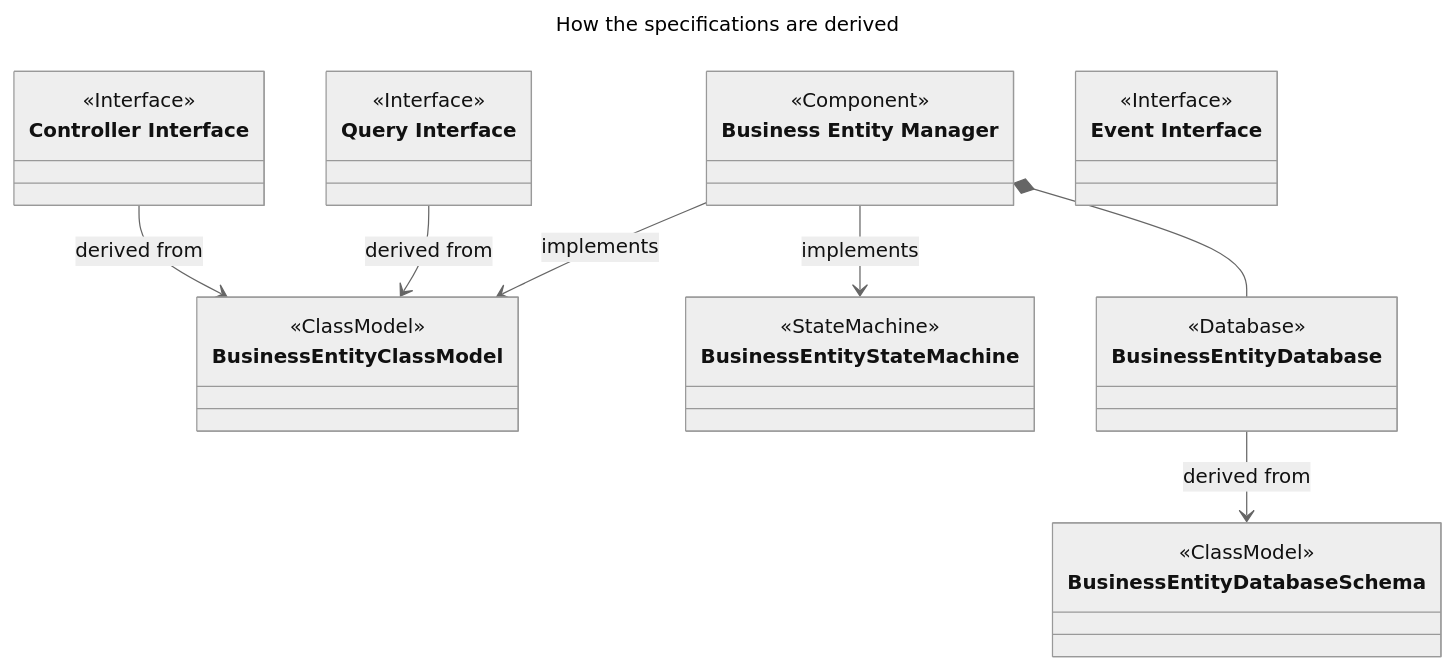
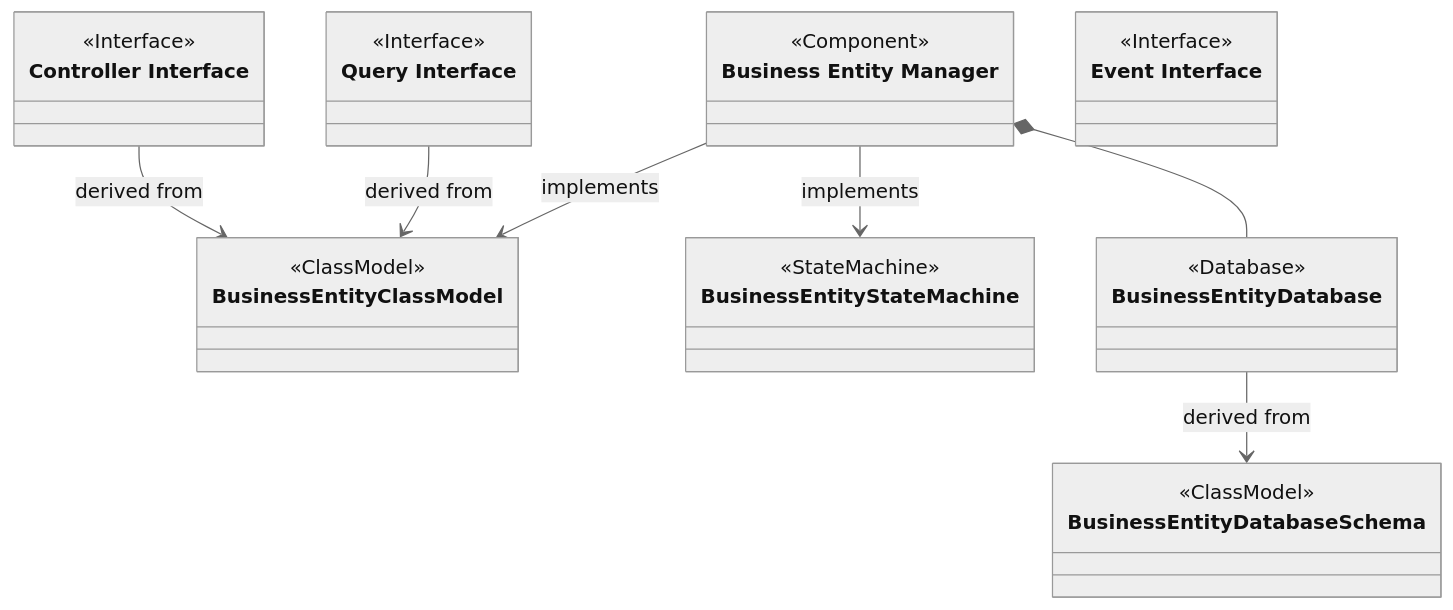
The diagram in Patterns/DomainComponentStructure.md (AdrianMiley/AI-Enabled-Architecture), drawn with Mermaid (neutral theme) before and after one commit. The commit also changed other lines of this file and 18 other files, not shown here.

````diff
--- a/Patterns/DomainComponentStructure.md
+++ b/Patterns/DomainComponentStructure.md
@@ -56,33 +18,30 @@
 ```mermaid
----
-title: How the specifications are derived
----
 classDiagram
     class BusinessEntityManager ["Business Entity Manager"] {
         <<Component>>
     }
 
     class BusinessEntityControllerInterface ["Controller Interface"] {
         <<Interface>>
     }
 
     class BusinessEntityQueryInterface  ["Query Interface"] {
         <<Interface>>
     }
 
     class BusinessEntityEventsInterface  ["Event Interface"] {
         <<Interface>>
     }
 
     class BusinessEntityClassModel { <<ClassModel>> }
     class BusinessEntityDatabaseSchema { <<ClassModel>> }
     class BusinessEntityDatabase { <<Database>> }
     class BusinessEntityStateMachine { <<StateMachine>> }
 
     BusinessEntityManager --> BusinessEntityClassModel : implements
     BusinessEntityManager --> BusinessEntityStateMachine : implements
     BusinessEntityManager *-- BusinessEntityDatabase
     BusinessEntityControllerInterface --> BusinessEntityClassModel : derived from
     BusinessEntityQueryInterface --> BusinessEntityClassModel : derived from
     BusinessEntityDatabase --> BusinessEntityDatabaseSchema : derived from
 ```
````
